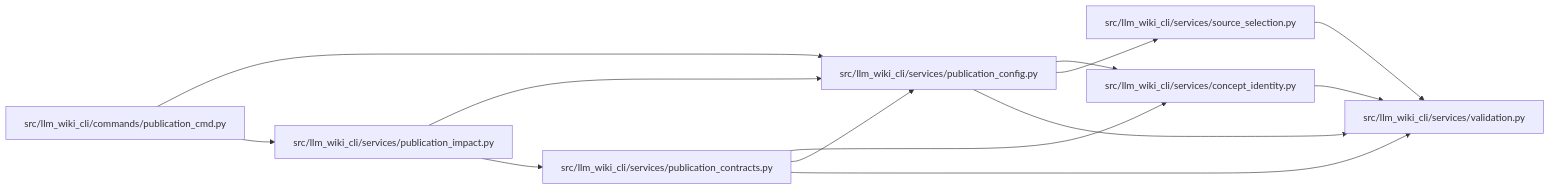
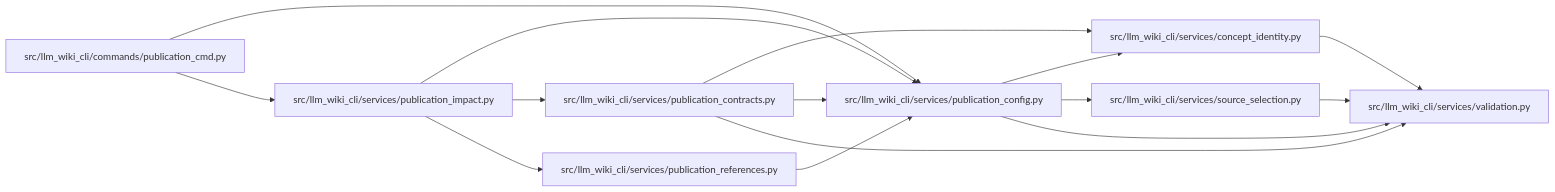
Before and after one commit to Denissvgn/python-wiki-llm: the diagram in docs/llm_wiki/modules/publication_config.md, drawn with Mermaid. The commit also changed other lines of this file and 468 other files, not shown here.

Commit message:
feat: add stable CLI reference data to wiki review

````diff
--- a/docs/llm_wiki/modules/publication_config.md
+++ b/docs/llm_wiki/modules/publication_config.md
@@ -33,29 +34,33 @@
 ```mermaid
 flowchart LR
     n0["src/llm_wiki_cli/commands/publication_cmd.py"]
     n1["src/llm_wiki_cli/services/concept_identity.py"]
     n2["src/llm_wiki_cli/services/publication_config.py"]
     n3["src/llm_wiki_cli/services/publication_contracts.py"]
     n4["src/llm_wiki_cli/services/publication_impact.py"]
-    n5["src/llm_wiki_cli/services/source_selection.py"]
-    n6["src/llm_wiki_cli/services/validation.py"]
+    n5["src/llm_wiki_cli/services/publication_references.py"]
+    n6["src/llm_wiki_cli/services/source_selection.py"]
+    n7["src/llm_wiki_cli/services/validation.py"]
     n0 --> n2
     n0 --> n4
-    n1 --> n6
+    n1 --> n7
     n2 --> n1
-    n2 --> n5
     n2 --> n6
+    n2 --> n7
     n3 --> n1
     n3 --> n2
-    n3 --> n6
+    n3 --> n7
     n4 --> n2
     n4 --> n3
-    n5 --> n6
+    n4 --> n5
+    n5 --> n2
+    n6 --> n7
     click n0 "../modules/publication_cmd.md"
     click n1 "../modules/concept_identity.md"
     click n2 "../modules/publication_config.md"
     click n3 "../modules/publication_contracts.md"
     click n4 "../modules/publication_impact.md"
-    click n5 "../modules/source_selection.md"
-    click n6 "../modules/validation.md"
+    click n5 "../modules/publication_references.md"
+    click n6 "../modules/source_selection.md"
+    click n7 "../modules/validation.md"
 ```
````
